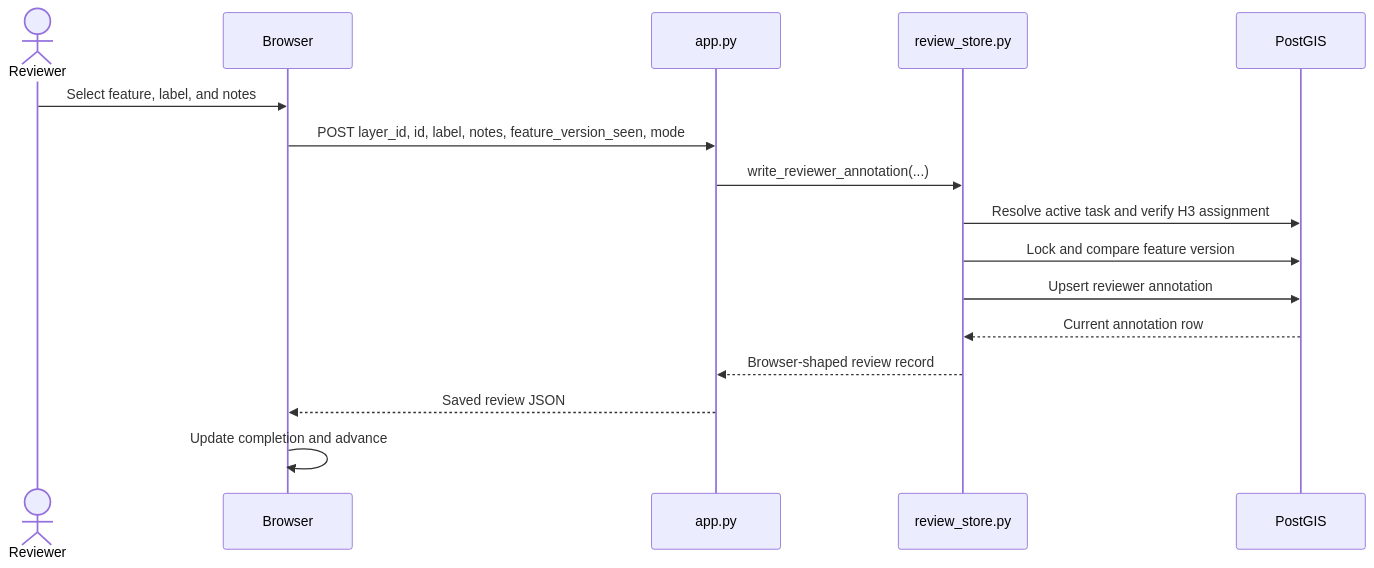
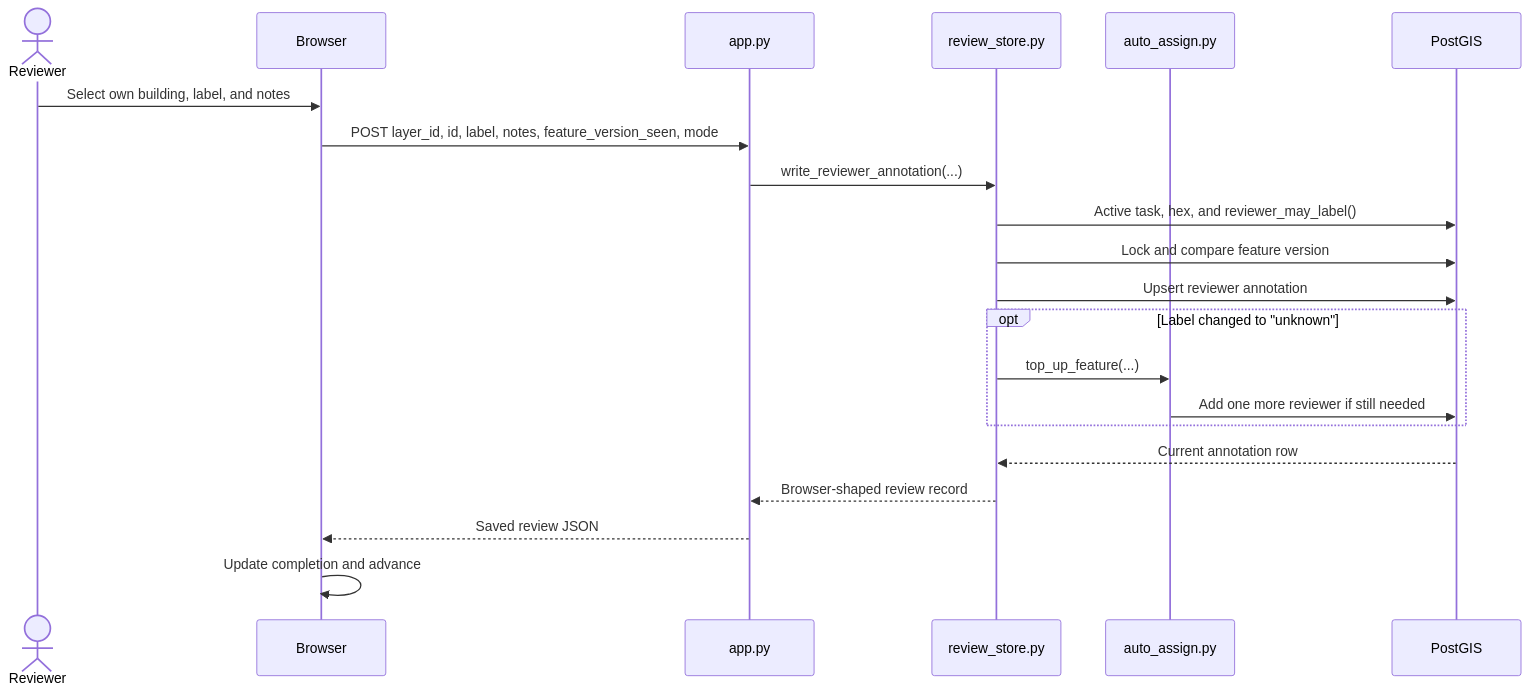
Before and after one commit to kulpojke/quick-qaqc-app: the third of 4 diagrams in flow_chart.md, drawn with Mermaid. The commit also changed other lines of this file and 20 other files, not shown here.

First line of the commit message:
Per-building review lists: label counts, caps, top-ups, expunge

````diff
--- a/flow_chart.md
+++ b/flow_chart.md
@@ -45,19 +94,24 @@
 ```mermaid
 sequenceDiagram
     actor Reviewer
     participant Browser
     participant App as app.py
     participant Store as review_store.py
+    participant Assign as auto_assign.py
     participant DB as PostGIS
 
-    Reviewer->>Browser: Select feature, label, and notes
+    Reviewer->>Browser: Select own building, label, and notes
     Browser->>App: POST layer_id, id, label, notes, feature_version_seen, mode
     App->>Store: write_reviewer_annotation(...)
-    Store->>DB: Resolve active task and verify H3 assignment
+    Store->>DB: Active task, hex, and reviewer_may_label()
     Store->>DB: Lock and compare feature version
     Store->>DB: Upsert reviewer annotation
+    opt Label changed to "unknown"
+        Store->>Assign: top_up_feature(...)
+        Assign->>DB: Add one more reviewer if still needed
+    end
     DB-->>Store: Current annotation row
     Store-->>App: Browser-shaped review record
     App-->>Browser: Saved review JSON
     Browser->>Browser: Update completion and advance
 ```
````
